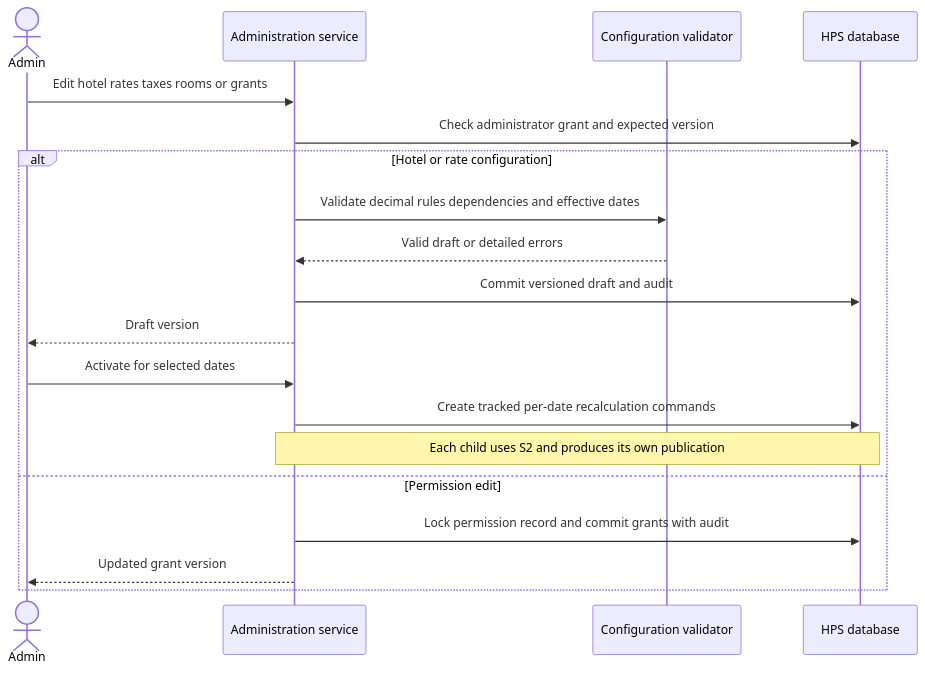
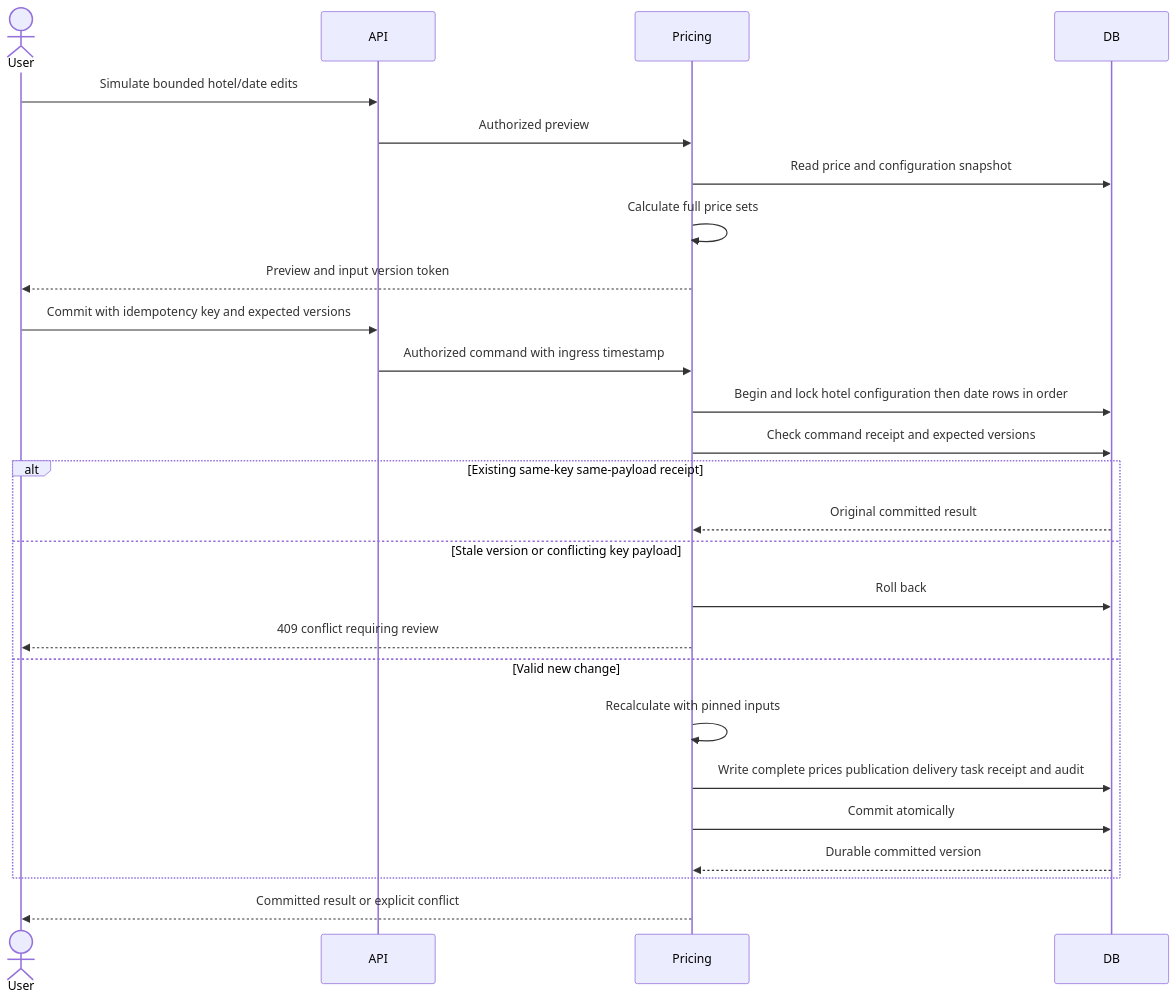
One commit to yoona96/ADD_Codex changed the ninth of 13 diagrams in HPS/design/architecture.md. Above: the diagram before and after it, drawn with Mermaid. The commit also changed other lines of this file and 13 other files, not shown here.

````diff
--- a/HPS/design/architecture.md
+++ b/HPS/design/architecture.md
@@ -375,21 +287,28 @@
 ```mermaid
 sequenceDiagram
-    actor Admin
-    participant API as Administration service
-    participant Validator as Configuration validator
-    participant DB as HPS database
-    Admin->>API: Edit hotel rates taxes rooms or grants
-    API->>DB: Check administrator grant and expected version
-    alt Hotel or rate configuration
-        API->>Validator: Validate decimal rules dependencies and effective dates
-        Validator-->>API: Valid draft or detailed errors
-        API->>DB: Commit versioned draft and audit
-        API-->>Admin: Draft version
-        Admin->>API: Activate for selected dates
-        API->>DB: Create tracked per-date recalculation commands
-        Note over API,DB: Each child uses S2 and produces its own publication
-    else Permission edit
-        API->>DB: Lock permission record and commit grants with audit
-        API-->>Admin: Updated grant version
+    actor User
+    participant API
+    participant Pricing
+    participant DB
+    User->>API: Simulate bounded hotel/date edits
+    API->>Pricing: Authorized preview
+    Pricing->>DB: Read price and configuration snapshot
+    Pricing->>Pricing: Calculate full price sets
+    Pricing-->>User: Preview and input version token
+    User->>API: Commit with idempotency key and expected versions
+    API->>Pricing: Authorized command with ingress timestamp
+    Pricing->>DB: Begin and lock hotel configuration then date rows in order
+    Pricing->>DB: Check command receipt and expected versions
+    alt Existing same-key same-payload receipt
+        DB-->>Pricing: Original committed result
+    else Stale version or conflicting key payload
+        Pricing->>DB: Roll back
+        Pricing-->>User: 409 conflict requiring review
+    else Valid new change
+        Pricing->>Pricing: Recalculate with pinned inputs
+        Pricing->>DB: Write complete prices publication delivery task receipt and audit
+        Pricing->>DB: Commit atomically
+        DB-->>Pricing: Durable committed version
     end
+    Pricing-->>User: Committed result or explicit conflict
 ```
````
